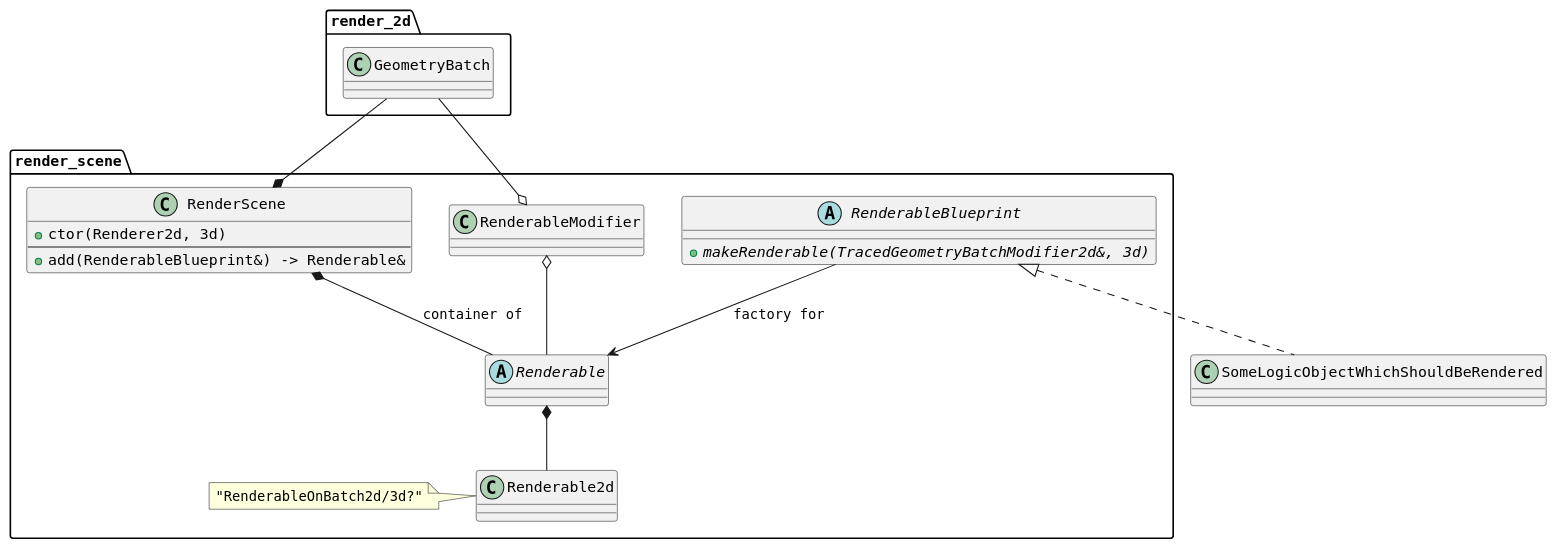
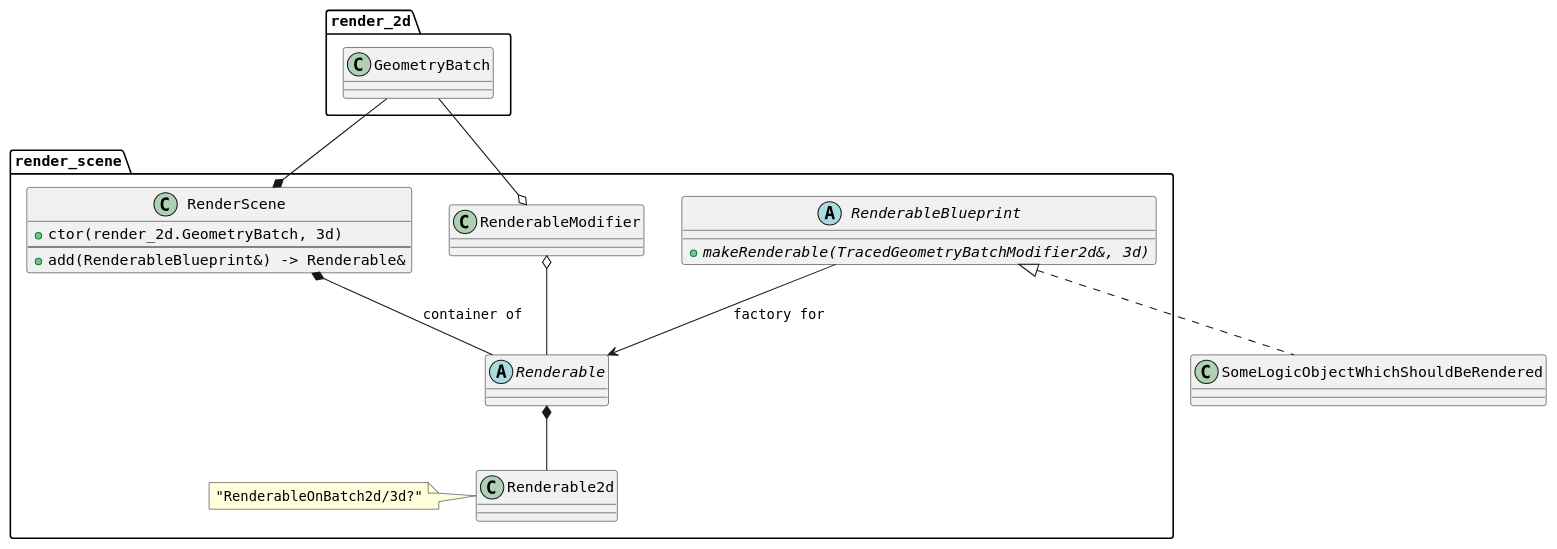
The diagram in uml/Render/RenderScene/overview.puml (master-clown/TbaEngine), drawn with PlantUML before and after one commit. The commit also changed 3 other files, not shown here.

First line of the commit message:
260518: Construct `RenderScene` directly from `GeometryBatch`

```diff
--- a/uml/Render/RenderScene/overview.puml
+++ b/uml/Render/RenderScene/overview.puml
@@ -1,48 +1,48 @@
 @startuml
 
 top to bottom direction
 skinparam defaultFontName monospaced
 
 '=======================================================================================================================
 package render_2d {
     class GeometryBatch
 }
 
 '=======================================================================================================================
 package render_scene {
     class Renderable2d
 
     note left: "RenderableOnBatch2d/3d?"
 
     abstract class Renderable
 
     Renderable *-- Renderable2d
 
     abstract class RenderableBlueprint {
         + {abstract} makeRenderable(TracedGeometryBatchModifier2d&, 3d)
     }
 
     class RenderScene {
-        + ctor(Renderer2d, 3d)
+        + ctor(render_2d.GeometryBatch, 3d)
     --
         + add(RenderableBlueprint&) -> Renderable&
     }
 
     RenderableBlueprint --> Renderable : factory for
 
     RenderScene *-- Renderable : container of
 
     '===================================================================================================================
     class RenderableModifier
     RenderableModifier o-- render_2d.GeometryBatch
     RenderableModifier o-- Renderable
 }
 
 '=======================================================================================================================
 render_scene.RenderScene *-up- render_2d.GeometryBatch
 
 '=======================================================================================================================
 class SomeLogicObjectWhichShouldBeRendered implements render_scene.RenderableBlueprint
 
 '=======================================================================================================================
 @enduml
```
